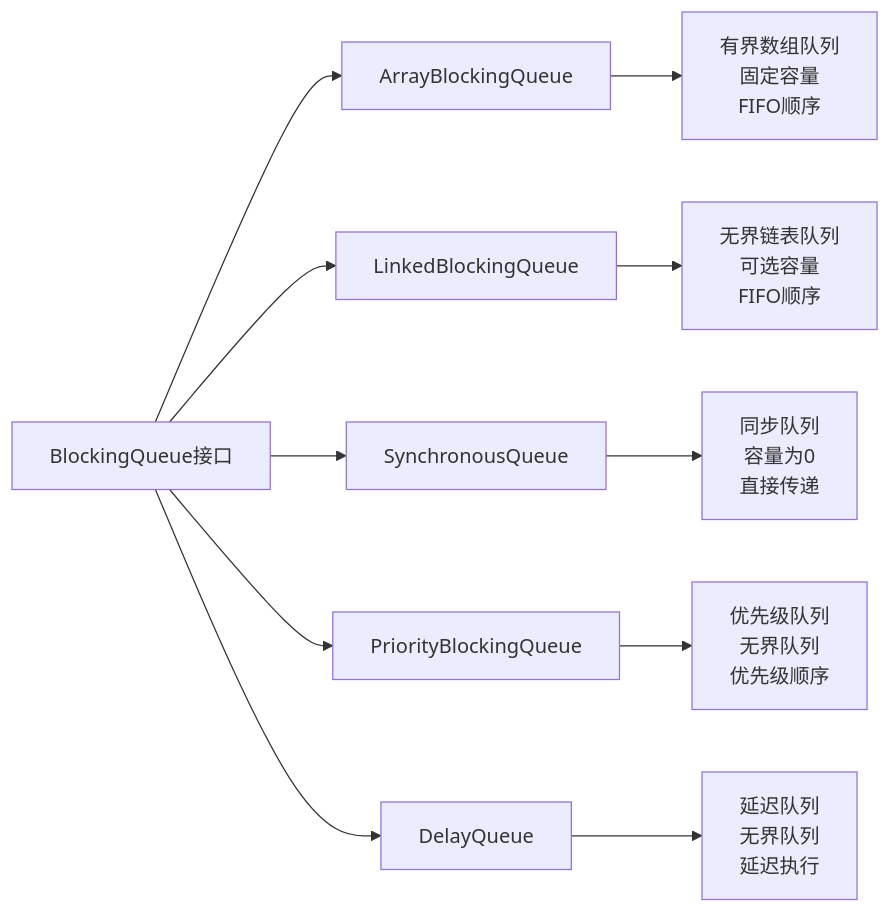
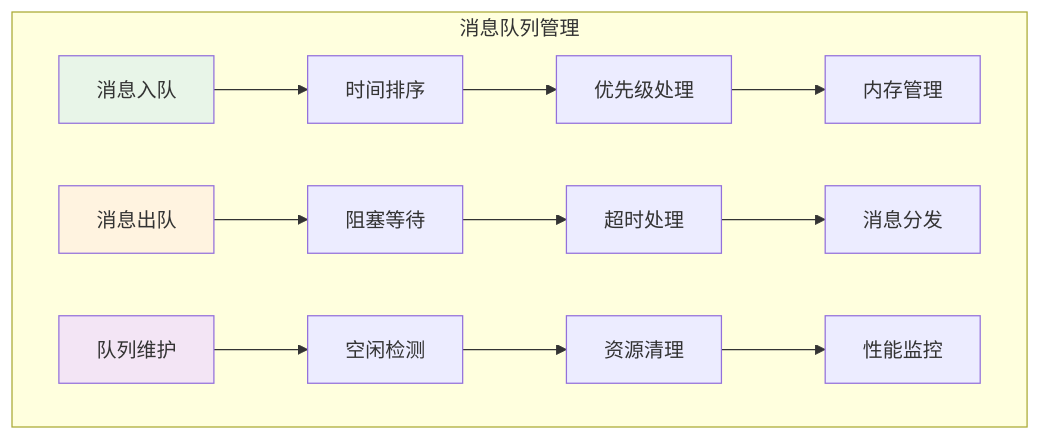
One commit to chongyang211/YCBookBlog changed the seventh of 16 diagrams in 00.通用技术的提升/README.md. Above: the diagram before and after it, drawn with Mermaid. The commit also changed other lines of this file, not shown here.

````diff
--- a/00.通用技术的提升/README.md
+++ b/00.通用技术的提升/README.md
@@ -251,14 +325,20 @@
 ```mermaid
-graph LR
-    A[BlockingQueue接口] --> B[ArrayBlockingQueue]
-    A --> C[LinkedBlockingQueue]
-    A --> D[SynchronousQueue]
-    A --> E[PriorityBlockingQueue]
-    A --> F[DelayQueue]
+graph TB
+    subgraph "消息队列管理"
+        A[消息入队] --> B[时间排序]
+        B --> C[优先级处理]
+        C --> D[内存管理]
+        
+        E[消息出队] --> F[阻塞等待]
+        F --> G[超时处理]
+        G --> H[消息分发]
+        
+        I[队列维护] --> J[空闲检测]
+        J --> K[资源清理]
+        K --> L[性能监控]
+    end
     
-    B --> B1[有界数组队列<br/>固定容量<br/>FIFO顺序]
-    C --> C1[无界链表队列<br/>可选容量<br/>FIFO顺序]
-    D --> D1[同步队列<br/>容量为0<br/>直接传递]
-    E --> E1[优先级队列<br/>无界队列<br/>优先级顺序]
-    F --> F1[延迟队列<br/>无界队列<br/>延迟执行]
+    style A fill:#e8f5e8
+    style E fill:#fff3e0
+    style I fill:#f3e5f5
 ```
````
